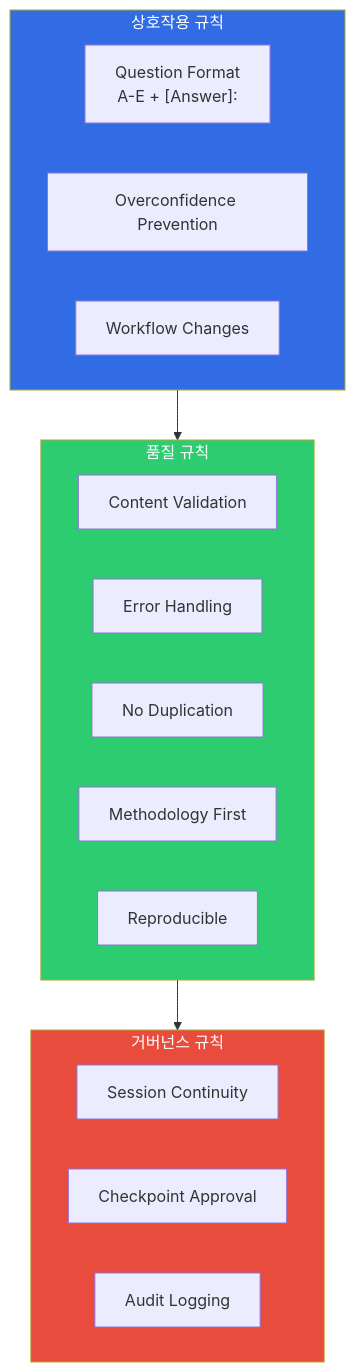
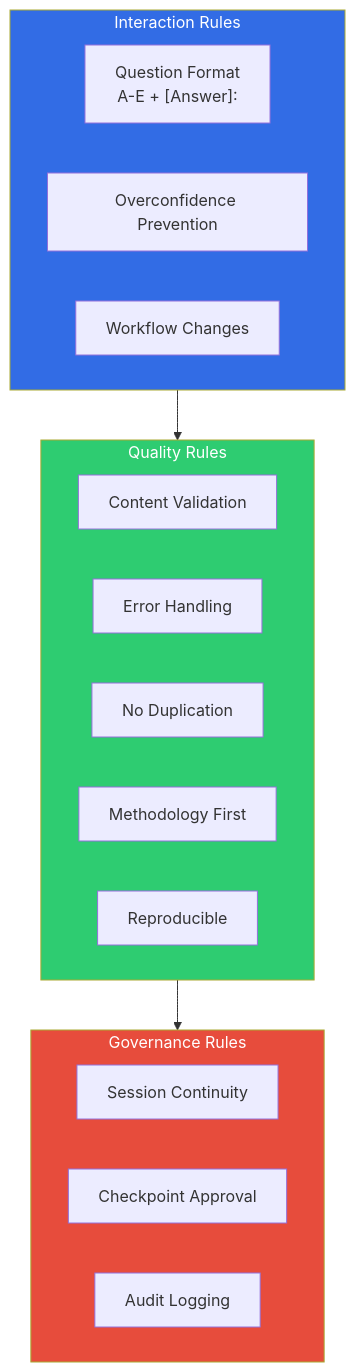
One commit to devfloor9/engineering-playbook changed the first of 2 diagrams in docs/aidlc/methodology/common-rules.md. Above: the diagram before and after it, drawn with Mermaid. The commit also changed other lines of this file and 954 other files, not shown here.

````diff
--- a/docs/aidlc/methodology/common-rules.md
+++ b/docs/aidlc/methodology/common-rules.md
@@ -28,29 +28,29 @@
 ```mermaid
 graph TB
-    subgraph Interaction["상호작용 규칙"]
+    subgraph Interaction["Interaction Rules"]
         Q["Question Format<br/>A-E + [Answer]:"]
         OP["Overconfidence Prevention"]
         WC["Workflow Changes"]
     end
 
-    subgraph Quality["품질 규칙"]
+    subgraph Quality["Quality Rules"]
         CV["Content Validation"]
         EH["Error Handling"]
         ND["No Duplication"]
         MF["Methodology First"]
         REP["Reproducible"]
     end
 
-    subgraph Governance["거버넌스 규칙"]
+    subgraph Governance["Governance Rules"]
         SC["Session Continuity"]
         CA["Checkpoint Approval"]
         AL["Audit Logging"]
     end
 
     Interaction --> Quality
     Quality --> Governance
 
     style Interaction fill:#326ce5,color:#fff
     style Quality fill:#2ecc71,color:#fff
     style Governance fill:#e74c3c,color:#fff
 ```
````
